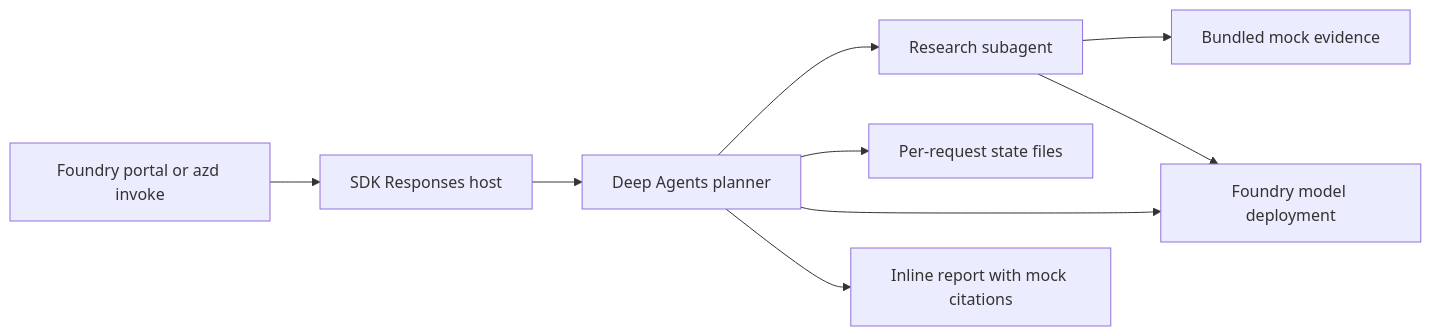
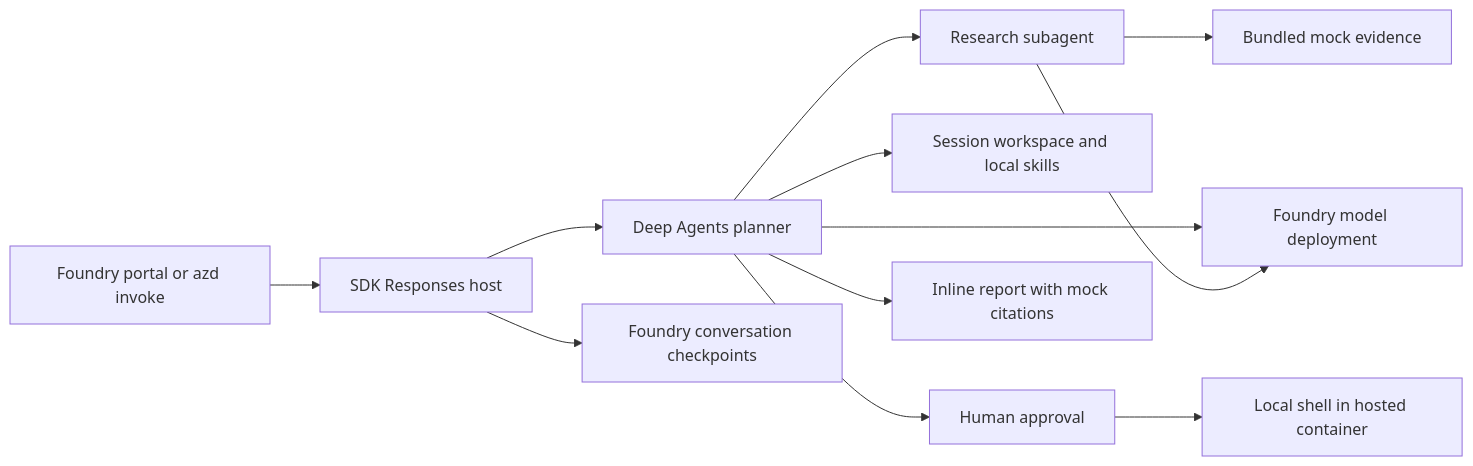
The diagram in deep-agents/README.md (microsoft/Foundry-Agent-Solution-Templates), drawn with Mermaid before and after one commit. The commit also changed other lines of this file and 9 other files, not shown here.

````diff
--- a/deep-agents/README.md
+++ b/deep-agents/README.md
@@ -34,11 +37,14 @@
 ```mermaid
 flowchart LR
     Client[Foundry portal or azd invoke] --> Host[SDK Responses host]
     Host --> Planner[Deep Agents planner]
     Planner --> Researcher[Research subagent]
     Researcher --> Mock[Bundled mock evidence]
-    Planner --> Files[Per-request state files]
+    Planner --> Files[Session workspace and local skills]
+    Planner --> Approval[Human approval]
+    Approval --> Shell[Local shell in hosted container]
+    Host --> State[Foundry conversation checkpoints]
     Planner --> Model[Foundry model deployment]
     Researcher --> Model
     Planner --> Report[Inline report with mock citations]
 ```
````
